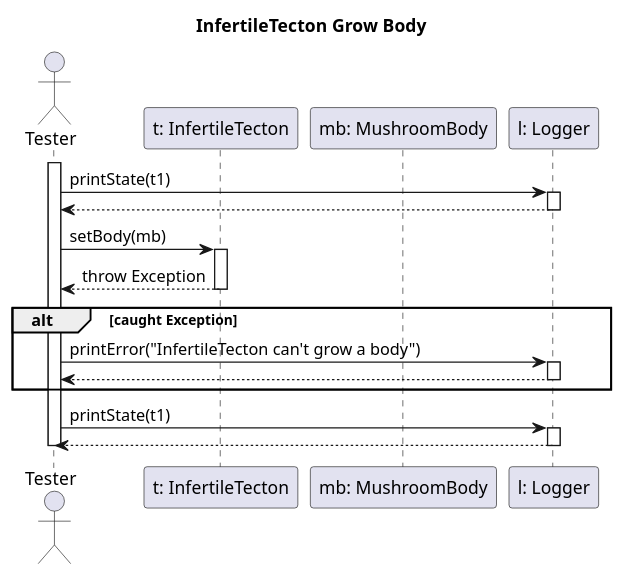
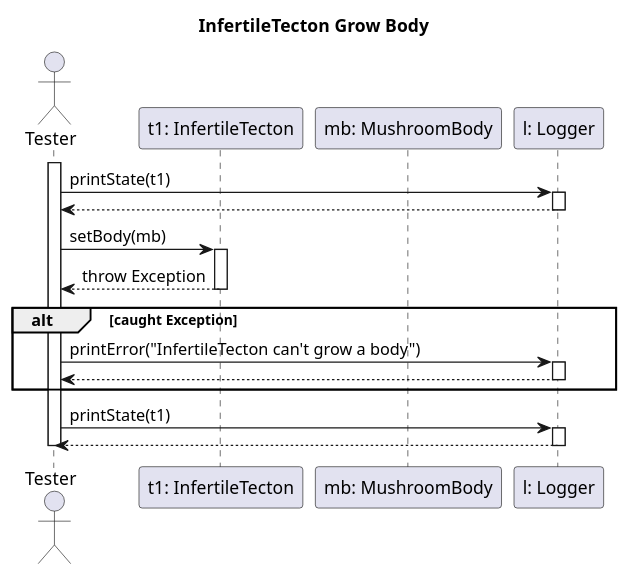
One commit to dzsem/projlab changed the diagram in diagrams/test-sequence/infertileTectonGrowBody.puml. Above: the diagram before and after it, drawn with PlantUML.

Commit message:
Rename t1 to t in infertileTectonGrowBody test

```diff
--- a/diagrams/test-sequence/infertileTectonGrowBody.puml
+++ b/diagrams/test-sequence/infertileTectonGrowBody.puml
@@ -1,37 +1,37 @@
 @startuml InfertileTectonGrowBodyTest
 
 title InfertileTecton Grow Body
 
 actor "Tester" as ts
-participant "t: InfertileTecton" as t
+participant "t1: InfertileTecton" as t
 participant "mb: MushroomBody" as mb
 participant "l: Logger" as l
 
 activate ts
 
 ts -> l: printState(t1)
 activate l
 ts <-- l
 deactivate l
 
 ts -> t: setBody(mb)
 activate t
 
 ts <-- t: throw Exception
 deactivate t
 
 alt caught Exception
     ts -> l: printError("InfertileTecton can't grow a body")
     activate l
     ts <-- l
     deactivate l
 end
 
 ts -> l: printState(t1)
 activate l
 ts <-- l
 deactivate l
 
 deactivate ts
 
 @enduml
```
